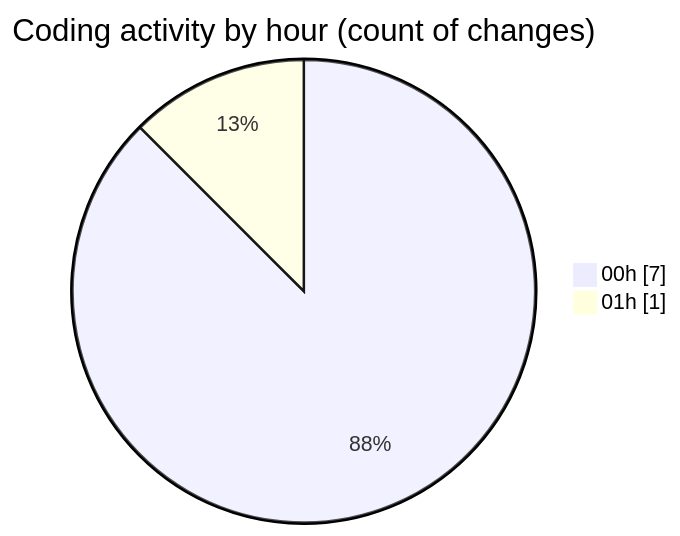
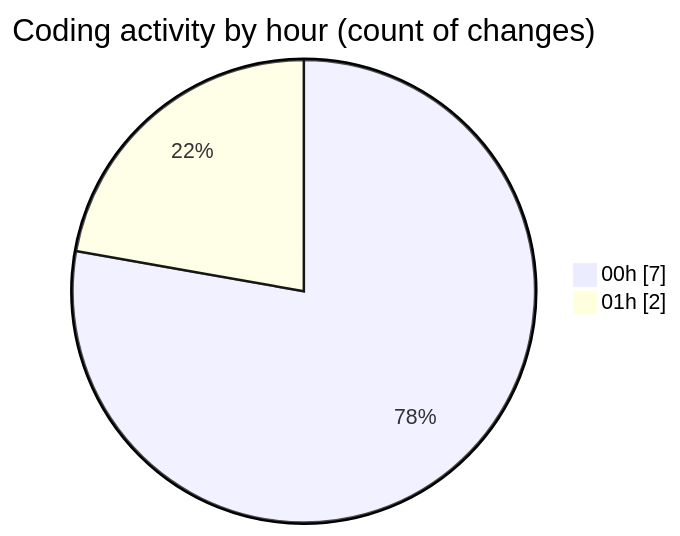
One commit to momahboobian/code-tracking changed the second of 2 diagrams in 2025-01-24/good-pr/README.md. Above: the diagram before and after it, drawn with Mermaid. The commit also changed other lines of this file and 1 other file, not shown here.

````diff
--- a/2025-01-24/good-pr/README.md
+++ b/2025-01-24/good-pr/README.md
@@ -33,6 +33,6 @@
 ```mermaid
 pie showData
 title Coding activity by hour (count of changes)
 "00h" : 7
-"01h" : 1
+"01h" : 2
 ```
````
